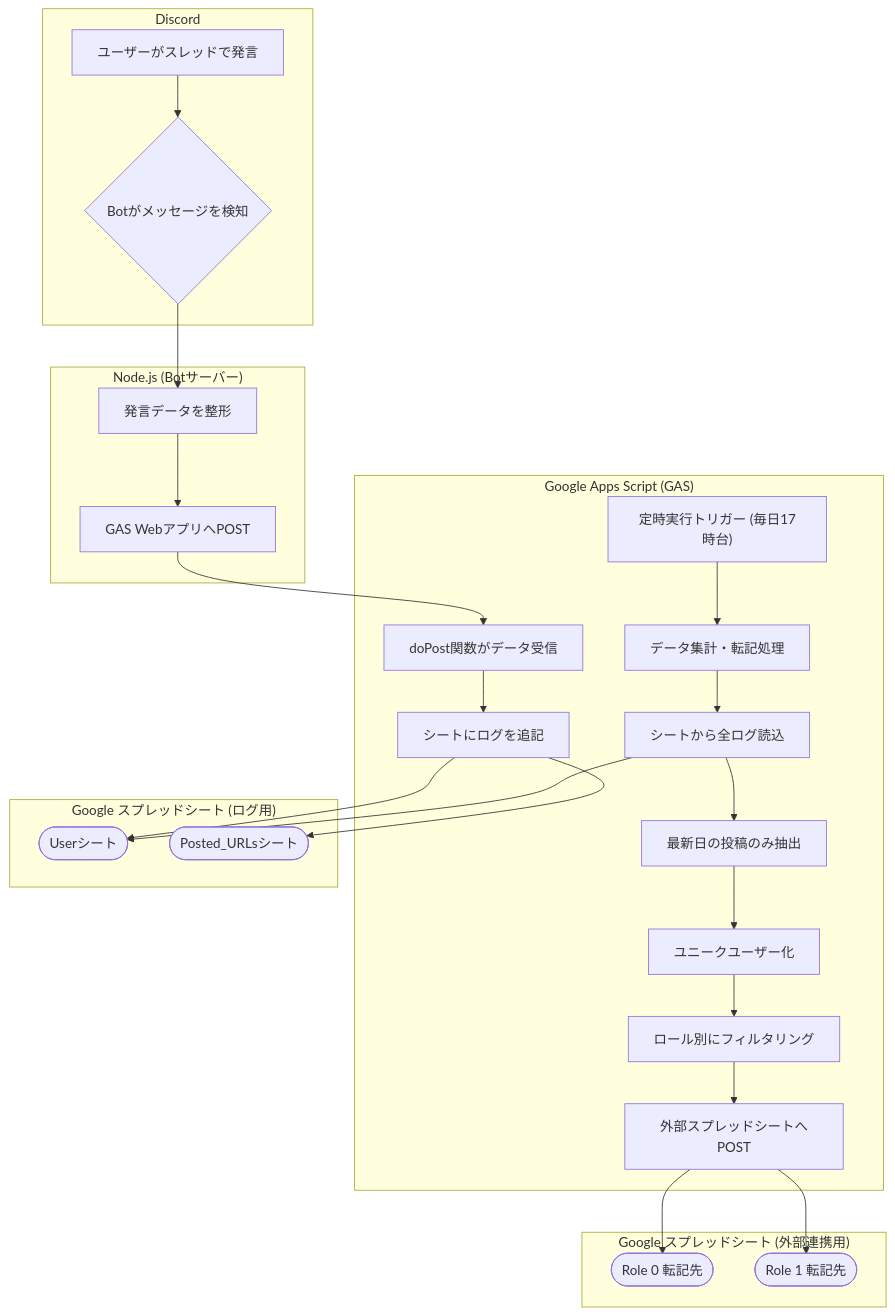
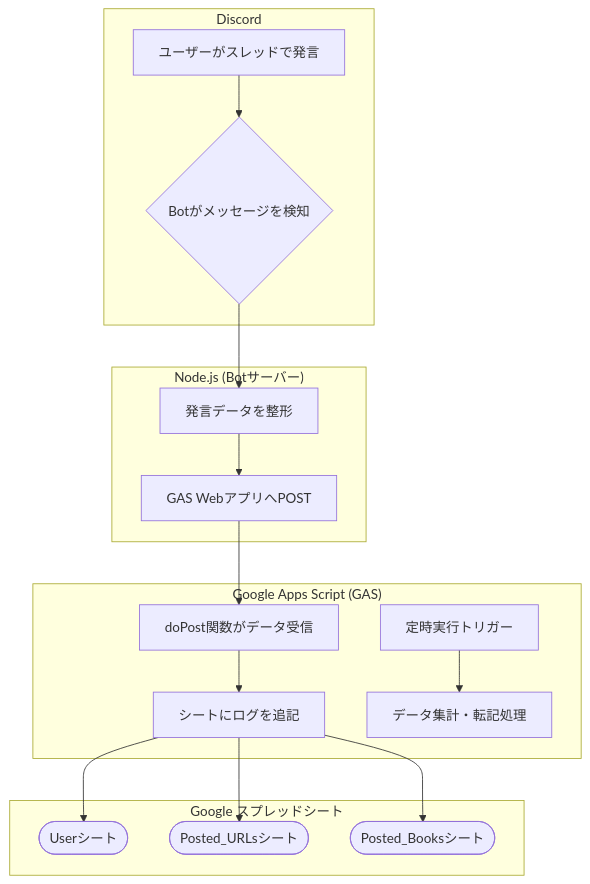
Before and after one commit to Metagri-Bot/daily-news-bot: the seventh of 7 diagrams in README.md, drawn with Mermaid. The commit also changed other lines of this file and 1 other file, not shown here.

````diff
--- a/README.md
+++ b/README.md
@@ -304,33 +389,23 @@
 ```mermaid
 graph TD
     subgraph Discord
         A["ユーザーがスレッドで発言"] --> B{"Botがメッセージを検知"};
     end
 
     subgraph "Node.js (Botサーバー)"
         B --> C["発言データを整形"];
         C --> D["GAS WebアプリへPOST"];
     end
 
     subgraph "Google Apps Script (GAS)"
         D --> E["doPost関数がデータ受信"];
         E --> F["シートにログを追記"];
-        G["定時実行トリガー (毎日17時台)"] --> H["データ集計・転記処理"];
-        H --> I["シートから全ログ読込"];
-        I --> J["最新日の投稿のみ抽出"];
-        J --> K["ユニークユーザー化"];
-        K --> L["ロール別にフィルタリング"];
-        L --> M["外部スプレッドシートへPOST"];
+        G["定時実行トリガー"] --> H["データ集計・転記処理"];
     end
-    
-    subgraph "Google スプレッドシート (ログ用)"
+
+    subgraph "Google スプレッドシート"
         F --> Sheet1(["Userシート"]);
         F --> Sheet2(["Posted_URLsシート"]);
-        I --> Sheet1;
-    end
-
-    subgraph "Google スプレッドシート (外部連携用)"
-        M --> Sheet3(["Role 0 転記先"]);
-        M --> Sheet4(["Role 1 転記先"]);
+        F --> Sheet3(["Posted_Booksシート"]);
     end
 ```
````
